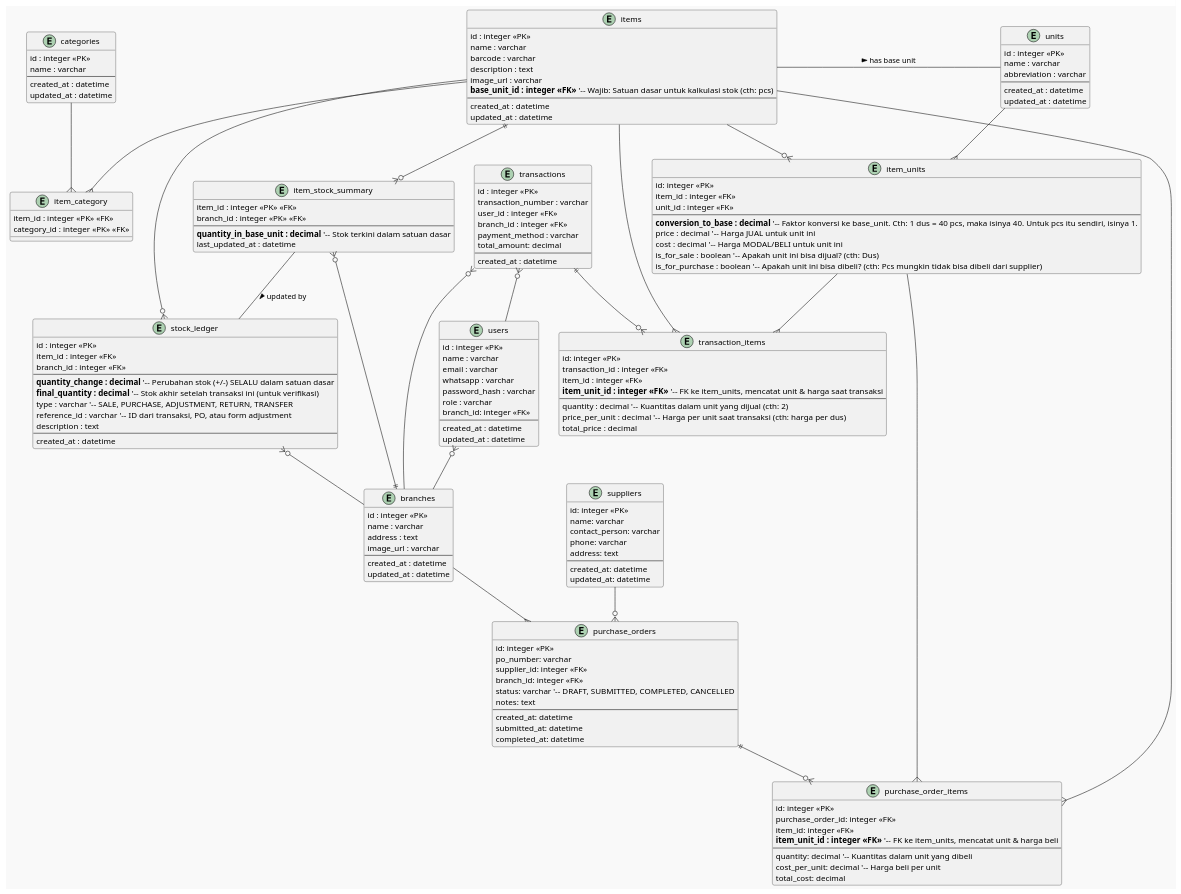
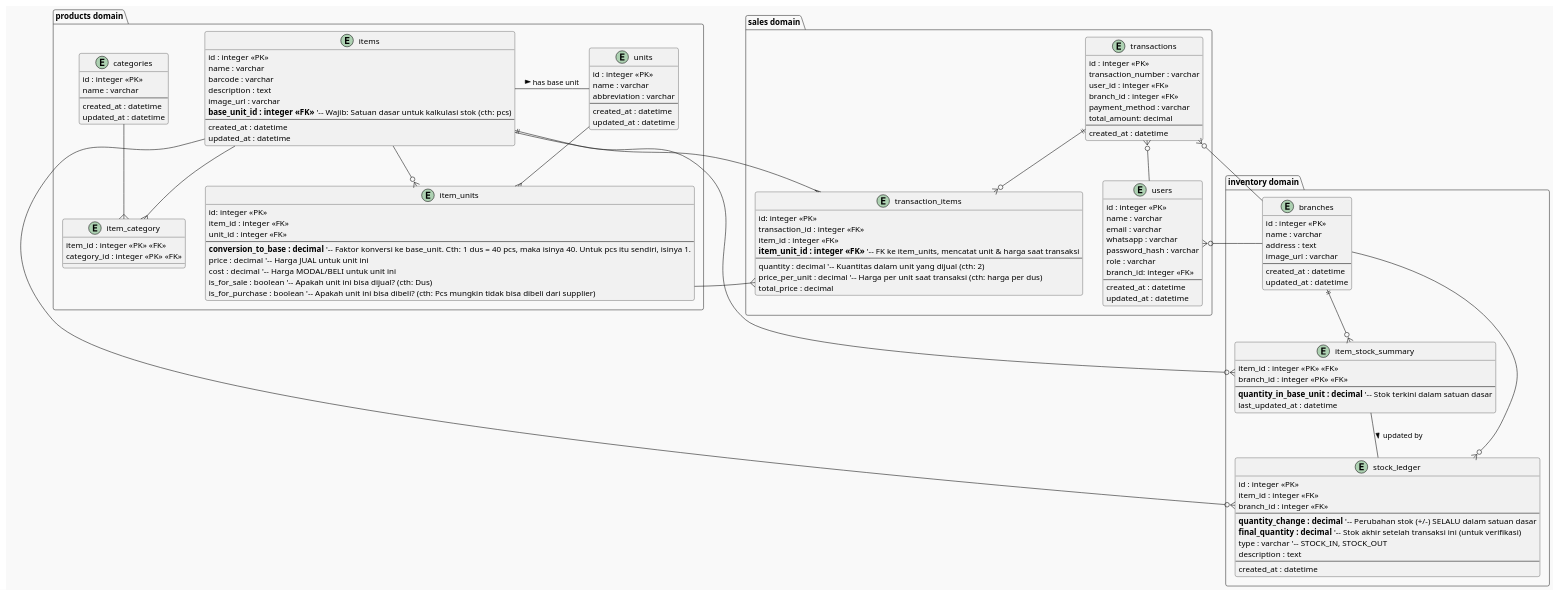
One commit to oskhar/payment-system changed the diagram in docs/arch/erd.puml. Above: the diagram before and after it, drawn with PlantUML. The commit also changed 3 other files, not shown here.

```diff
--- a/docs/arch/erd.puml
+++ b/docs/arch/erd.puml
@@ -9,170 +9,128 @@
 ' 5. Penambahan struktur PURCHASE (Pemesanan Pembelian) untuk melengkapi alur masuk barang secara profesional.
 ' --
 
-' ===================================
-' ====== CORE PRODUCT & UNITS =======
-' ===================================
-entity "categories" as cat {
-  id : integer <<PK>>
-  name : varchar
-  --
-  created_at : datetime
-  updated_at : datetime
+package "products domain" {
+  entity "categories" as cat {
+    id : integer <<PK>>
+    name : varchar
+    --
+    created_at : datetime
+    updated_at : datetime
+  }
+
+  entity "items" as i {
+    id : integer <<PK>>
+    name : varchar
+    barcode : varchar
+    description : text
+    image_url : varchar
+    **base_unit_id : integer <<FK>>** '-- Wajib: Satuan dasar untuk kalkulasi stok (cth: pcs)
+    --
+    created_at : datetime
+    updated_at : datetime
+  }
+
+  entity "item_category" as ic {
+    item_id : integer <<PK>> <<FK>>
+    category_id : integer <<PK>> <<FK>>
+  }
+
+  entity "item_units" as iu {
+    id: integer <<PK>>
+    item_id : integer <<FK>>
+    unit_id : integer <<FK>>
+    --
+    **conversion_to_base : decimal** '-- Faktor konversi ke base_unit. Cth: 1 dus = 40 pcs, maka isinya 40. Untuk pcs itu sendiri, isinya 1.
+    price : decimal '-- Harga JUAL untuk unit ini
+    cost : decimal '-- Harga MODAL/BELI untuk unit ini
+    is_for_sale : boolean '-- Apakah unit ini bisa dijual? (cth: Dus)
+    is_for_purchase : boolean '-- Apakah unit ini bisa dibeli? (cth: Pcs mungkin tidak bisa dibeli dari supplier)
+  }
+
+  entity "units" as u {
+    id : integer <<PK>>
+    name : varchar
+    abbreviation : varchar
+    --
+    created_at : datetime
+    updated_at : datetime
+  }
 }
 
-entity "items" as i {
-  id : integer <<PK>>
-  name : varchar
-  barcode : varchar
-  description : text
-  image_url : varchar
-  **base_unit_id : integer <<FK>>** '-- Wajib: Satuan dasar untuk kalkulasi stok (cth: pcs)
-  --
-  created_at : datetime
-  updated_at : datetime
-}
+package "inventory domain" {
+  entity "branches" as b {
+    id : integer <<PK>>
+    name : varchar
+    address : text
+    image_url : varchar
+    --
+    created_at : datetime
+    updated_at : datetime
+  }
 
-entity "item_category" as ic {
-  item_id : integer <<PK>> <<FK>>
-  category_id : integer <<PK>> <<FK>>
-}
+  ' Best Practice: Tabel ringkasan untuk cek stok cepat
+  entity "item_stock_summary" as iss {
+    item_id : integer <<PK>> <<FK>>
+    branch_id : integer <<PK>> <<FK>>
+    --
+    **quantity_in_base_unit : decimal** '-- Stok terkini dalam satuan dasar
+    last_updated_at : datetime
+  }
 
-entity "units" as u {
-  id : integer <<PK>>
-  name : varchar
-  abbreviation : varchar
-  --
-  created_at : datetime
-  updated_at : datetime
-}
-
-' Tabel ini adalah JANTUNG dari manajemen unit & harga
-entity "item_units" as iu {
-  id: integer <<PK>>
-  item_id : integer <<FK>>
-  unit_id : integer <<FK>>
-  --
-  **conversion_to_base : decimal** '-- Faktor konversi ke base_unit. Cth: 1 dus = 40 pcs, maka isinya 40. Untuk pcs itu sendiri, isinya 1.
-  price : decimal '-- Harga JUAL untuk unit ini
-  cost : decimal '-- Harga MODAL/BELI untuk unit ini
-  is_for_sale : boolean '-- Apakah unit ini bisa dijual? (cth: Dus)
-  is_for_purchase : boolean '-- Apakah unit ini bisa dibeli? (cth: Pcs mungkin tidak bisa dibeli dari supplier)
-}
-
-
-' ===================================
-' ========= INVENTORY (STOK) ========
-' ===================================
-entity "branches" as b {
-  id : integer <<PK>>
-  name : varchar
-  address : text
-  image_url : varchar
-  --
-  created_at : datetime
-  updated_at : datetime
-}
-
-' Best Practice: Tabel ringkasan untuk cek stok cepat
-entity "item_stock_summary" as iss {
-  item_id : integer <<PK>> <<FK>>
-  branch_id : integer <<PK>> <<FK>>
-  --
-  **quantity_in_base_unit : decimal** '-- Stok terkini dalam satuan dasar
-  last_updated_at : datetime
-}
-
-' Best Practice: Buku besar semua transaksi stok (untuk audit)
-entity "stock_ledger" as sl {
-  id : integer <<PK>>
-  item_id : integer <<FK>>
-  branch_id : integer <<FK>>
-  --
-  **quantity_change : decimal** '-- Perubahan stok (+/-) SELALU dalam satuan dasar
-  **final_quantity : decimal** '-- Stok akhir setelah transaksi ini (untuk verifikasi)
-  type : varchar '-- SALE, PURCHASE, ADJUSTMENT, RETURN, TRANSFER
-  reference_id : varchar '-- ID dari transaksi, PO, atau form adjustment
-  description : text
-  --
-  created_at : datetime
+  ' Best Practice: Buku besar semua transaksi stok (untuk audit)
+  entity "stock_ledger" as sl {
+    id : integer <<PK>>
+    item_id : integer <<FK>>
+    branch_id : integer <<FK>>
+    --
+    **quantity_change : decimal** '-- Perubahan stok (+/-) SELALU dalam satuan dasar
+    **final_quantity : decimal** '-- Stok akhir setelah transaksi ini (untuk verifikasi)
+    type : varchar '-- STOCK_IN, STOCK_OUT
+    description : text
+    --
+    created_at : datetime
+  }
 }
 
 ' ===================================
 ' ======== SALES (PENJUALAN) ========
 ' ===================================
-entity "users" as usr {
-  id : integer <<PK>>
-  name : varchar
-  email : varchar
-  whatsapp : varchar
-  password_hash : varchar
-  role : varchar
-  branch_id: integer <<FK>>
-  --
-  created_at : datetime
-  updated_at : datetime
+package "sales domain" {
+  entity "users" as usr {
+    id : integer <<PK>>
+    name : varchar
+    email : varchar
+    whatsapp : varchar
+    password_hash : varchar
+    role : varchar
+    branch_id: integer <<FK>>
+    --
+    created_at : datetime
+    updated_at : datetime
+  }
+
+  entity "transactions" as t {
+    id : integer <<PK>>
+    transaction_number : varchar
+    user_id : integer <<FK>>
+    branch_id : integer <<FK>>
+    payment_method : varchar
+    total_amount: decimal
+    --
+    created_at : datetime
+  }
+
+  entity "transaction_items" as ti {
+    id: integer <<PK>>
+    transaction_id : integer <<FK>>
+    item_id : integer <<FK>>
+    **item_unit_id : integer <<FK>>** '-- FK ke item_units, mencatat unit & harga saat transaksi
+    --
+    quantity : decimal '-- Kuantitas dalam unit yang dijual (cth: 2)
+    price_per_unit : decimal '-- Harga per unit saat transaksi (cth: harga per dus)
+    total_price : decimal
+  }
 }
-
-entity "transactions" as t {
-  id : integer <<PK>>
-  transaction_number : varchar
-  user_id : integer <<FK>>
-  branch_id : integer <<FK>>
-  payment_method : varchar
-  total_amount: decimal
-  --
-  created_at : datetime
-}
-
-entity "transaction_items" as ti {
-  id: integer <<PK>>
-  transaction_id : integer <<FK>>
-  item_id : integer <<FK>>
-  **item_unit_id : integer <<FK>>** '-- FK ke item_units, mencatat unit & harga saat transaksi
-  --
-  quantity : decimal '-- Kuantitas dalam unit yang dijual (cth: 2)
-  price_per_unit : decimal '-- Harga per unit saat transaksi (cth: harga per dus)
-  total_price : decimal
-}
-
-' ===================================
-' ====== PURCHASING (PEMBELIAN) =====
-' ===================================
-entity "suppliers" as sup {
-  id: integer <<PK>>
-  name: varchar
-  contact_person: varchar
-  phone: varchar
-  address: text
-  --
-  created_at: datetime
-  updated_at: datetime
-}
-
-entity "purchase_orders" as po {
-    id: integer <<PK>>
-    po_number: varchar
-    supplier_id: integer <<FK>>
-    branch_id: integer <<FK>>
-    status: varchar '-- DRAFT, SUBMITTED, COMPLETED, CANCELLED
-    notes: text
-    --
-    created_at: datetime
-    submitted_at: datetime
-    completed_at: datetime
-}
-
-entity "purchase_order_items" as poi {
-    id: integer <<PK>>
-    purchase_order_id: integer <<FK>>
-    item_id: integer <<FK>>
-    **item_unit_id : integer <<FK>>** '-- FK ke item_units, mencatat unit & harga beli
-    --
-    quantity: decimal '-- Kuantitas dalam unit yang dibeli
-    cost_per_unit: decimal '-- Harga beli per unit
-    total_cost: decimal
-}
-
 
 ' ===================================
 ' =========== RELATIONSHIPS =========
@@ -198,13 +156,6 @@
 i --{ ti
 iu --{ ti
 
-' Purchasing Relationships
-sup --o{ po
-po ||--o{ poi
-b --{ po
-i --{ poi
-iu --{ poi
-
 ' User-Branch Relationship
 usr }o-- b
 @enduml
```
